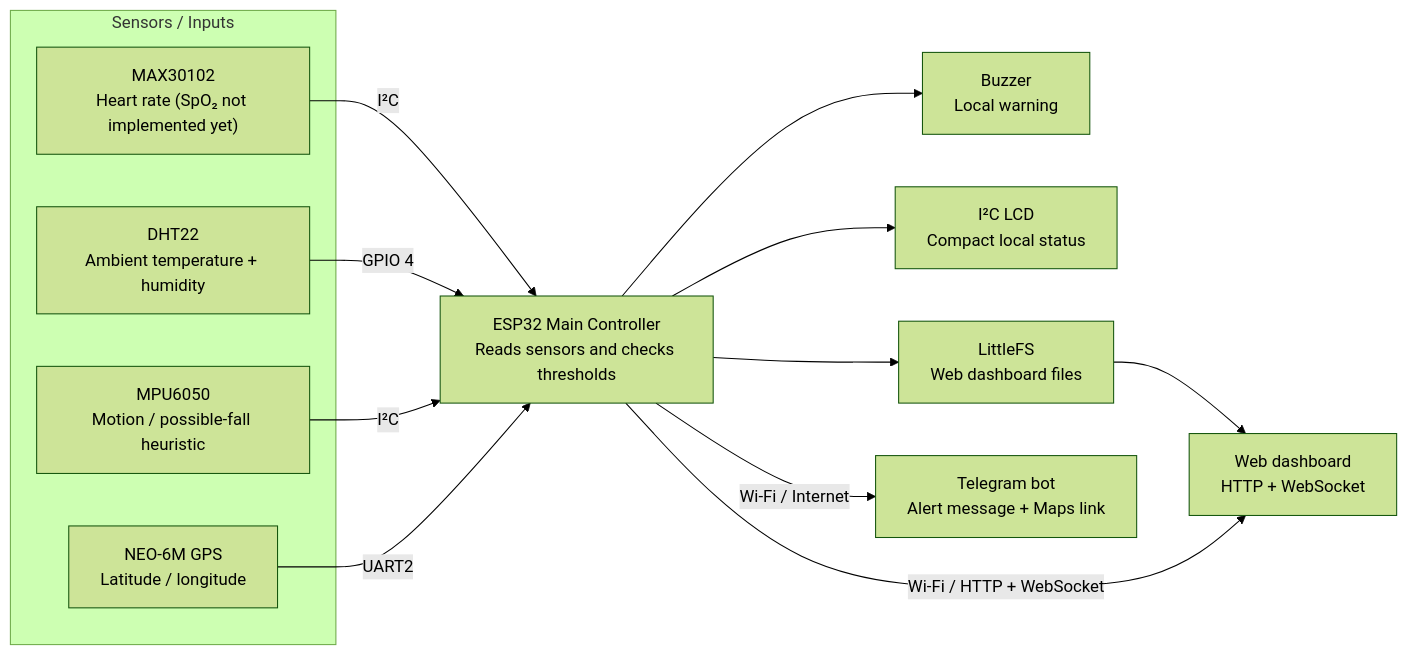
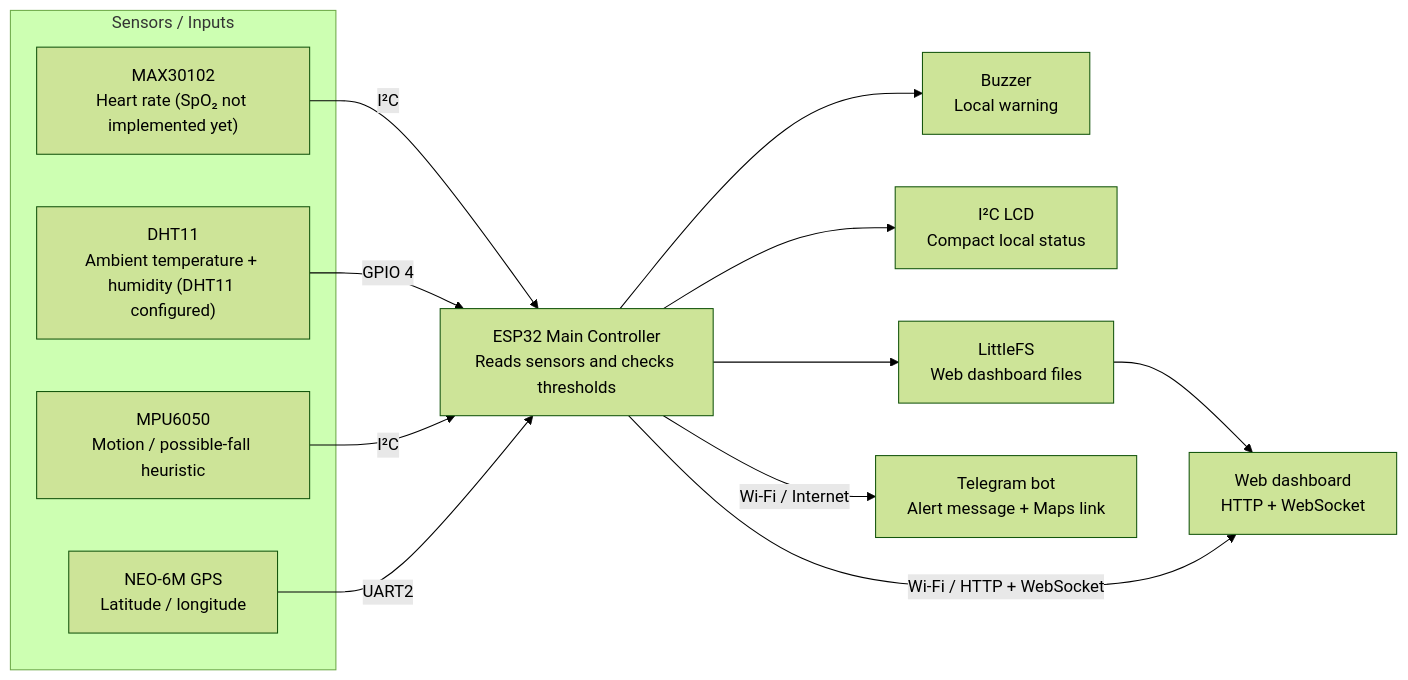
Before and after one commit to DhanushgowdaS/Soldier-Health-Monitoring-Wearable: the diagram in docs/architecture.md, drawn with Mermaid (forest theme). The commit also changed other lines of this file, not shown here.

Commit message:
Update documentation for DHT11 test configuration

````diff
--- a/docs/architecture.md
+++ b/docs/architecture.md
@@ -7,27 +7,27 @@
 ```mermaid
 flowchart LR
   subgraph Inputs["Sensors / Inputs"]
     HR["MAX30102\nHeart rate (SpO₂ not implemented yet)"]
-    DHT["DHT22\nAmbient temperature + humidity"]
+    DHT["DHT11\nAmbient temperature + humidity (DHT11 configured)"]
     IMU["MPU6050\nMotion / possible-fall heuristic"]
     GPS["NEO-6M GPS\nLatitude / longitude"]
   end
 
   ESP["ESP32 Main Controller\nReads sensors and checks thresholds"]
   BUZ["Buzzer\nLocal warning"]
   LCD["I²C LCD\nCompact local status"]
   FS["LittleFS\nWeb dashboard files"]
   DASH["Web dashboard\nHTTP + WebSocket"]
   TG["Telegram bot\nAlert message + Maps link"]
 
   HR -->|I²C| ESP
   DHT -->|GPIO 4| ESP
   IMU -->|I²C| ESP
   GPS -->|UART2| ESP
   ESP --> BUZ
   ESP --> LCD
   ESP --> FS
   FS --> DASH
   ESP -->|Wi-Fi / Internet| TG
   ESP -->|Wi-Fi / HTTP + WebSocket| DASH
 ```
````
